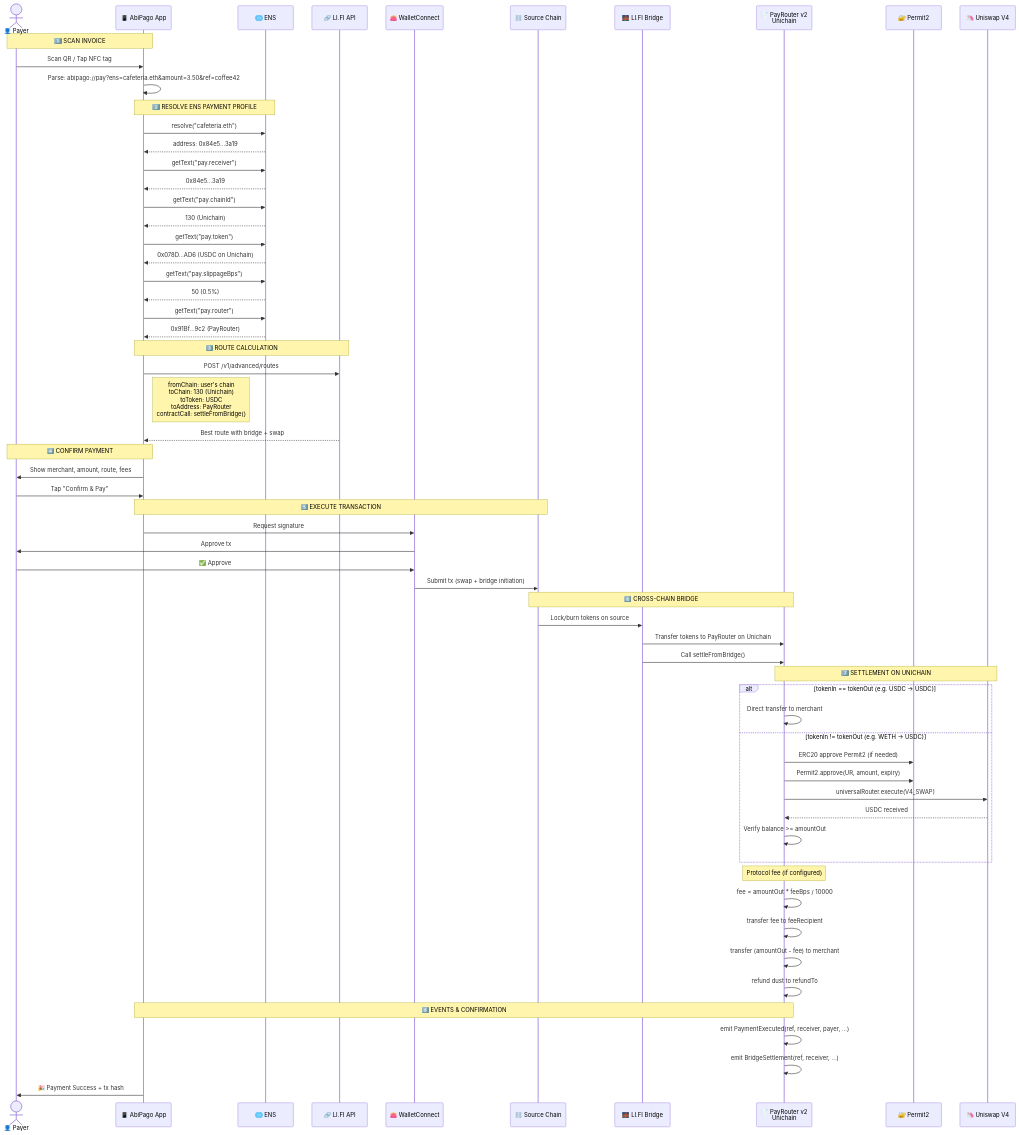
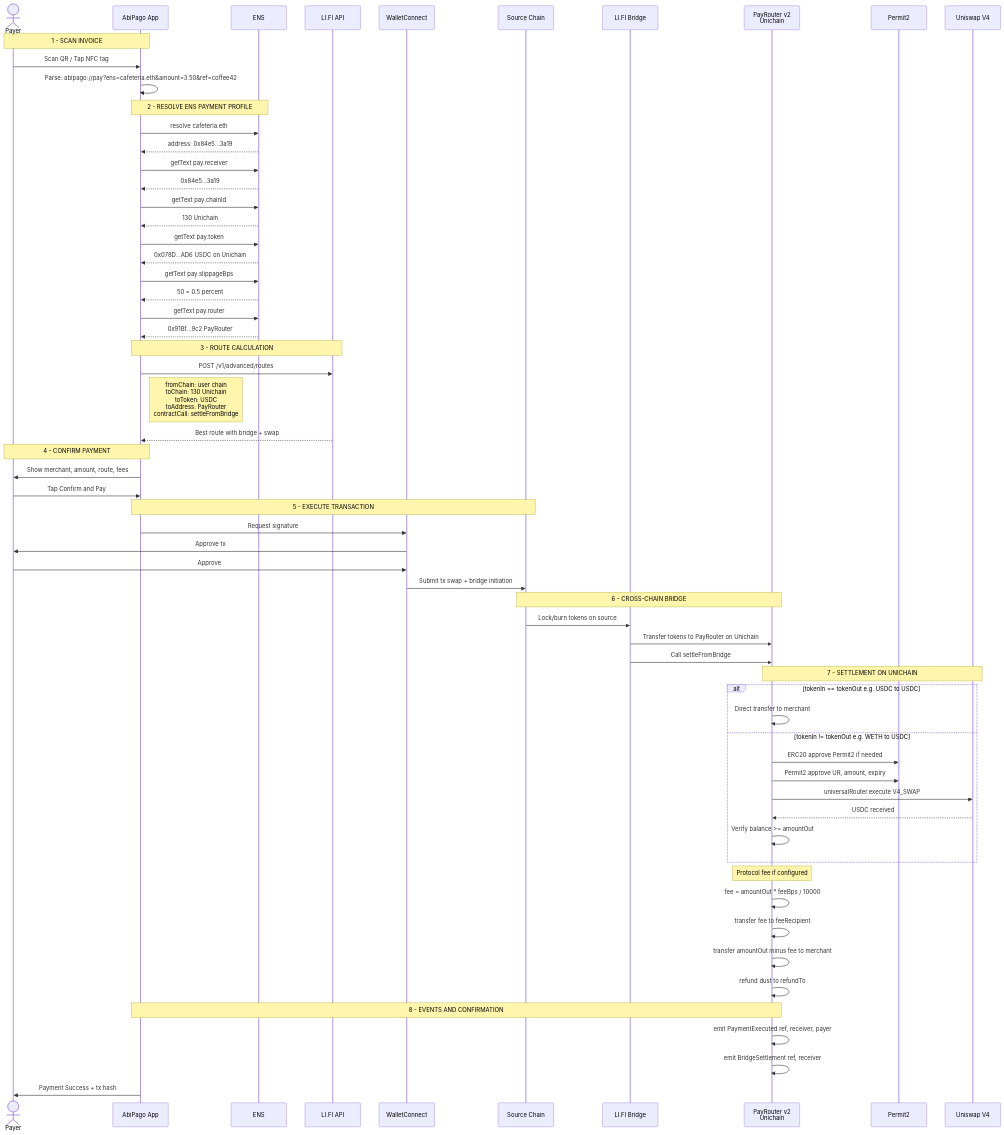
The second of 11 diagrams in docs/architecture.md (danelerr/htm-abipago), drawn with Mermaid before and after one commit. The commit also changed other lines of this file, not shown here.

Commit message:
updsare diagram

````diff
--- a/docs/architecture.md
+++ b/docs/architecture.md
@@ -64,74 +64,74 @@
 ```mermaid
 sequenceDiagram
-    actor Payer as 👤 Payer
-    participant App as 📱 AbiPago App
-    participant ENS as 🌐 ENS
-    participant LIFI as 🔗 LI.FI API
-    participant Wallet as 👛 WalletConnect
-    participant SrcChain as ⛓️ Source Chain
-    participant Bridge as 🌉 LI.FI Bridge
-    participant Router as 📄 PayRouter v2<br/>Unichain
-    participant P2 as 🔐 Permit2
-    participant Uni as 🦄 Uniswap V4
+    actor Payer as Payer
+    participant App as AbiPago App
+    participant ENS as ENS
+    participant LIFI as LI.FI API
+    participant Wallet as WalletConnect
+    participant SrcChain as Source Chain
+    participant Bridge as LI.FI Bridge
+    participant Router as PayRouter v2<br/>Unichain
+    participant P2 as Permit2
+    participant Uni as Uniswap V4
 
-    Note over Payer, App: 1️⃣ SCAN INVOICE
+    Note over Payer, App: 1 - SCAN INVOICE
     Payer->>App: Scan QR / Tap NFC tag
     App->>App: Parse: abipago://pay?ens=cafeteria.eth&amount=3.50&ref=coffee42
 
-    Note over App, ENS: 2️⃣ RESOLVE ENS PAYMENT PROFILE
-    App->>ENS: resolve("cafeteria.eth")
-    ENS-->>App: address: 0x84e5…3a19
-    App->>ENS: getText("pay.receiver")
-    ENS-->>App: 0x84e5…3a19
-    App->>ENS: getText("pay.chainId")
-    ENS-->>App: 130 (Unichain)
-    App->>ENS: getText("pay.token")
-    ENS-->>App: 0x078D…AD6 (USDC on Unichain)
-    App->>ENS: getText("pay.slippageBps")
-    ENS-->>App: 50 (0.5%)
-    App->>ENS: getText("pay.router")
-    ENS-->>App: 0x91Bf…9c2 (PayRouter)
+    Note over App, ENS: 2 - RESOLVE ENS PAYMENT PROFILE
+    App->>ENS: resolve cafeteria.eth
+    ENS-->>App: address: 0x84e5...3a19
+    App->>ENS: getText pay.receiver
+    ENS-->>App: 0x84e5...3a19
+    App->>ENS: getText pay.chainId
+    ENS-->>App: 130 Unichain
+    App->>ENS: getText pay.token
+    ENS-->>App: 0x078D...AD6 USDC on Unichain
+    App->>ENS: getText pay.slippageBps
+    ENS-->>App: 50 = 0.5 percent
+    App->>ENS: getText pay.router
+    ENS-->>App: 0x91Bf...9c2 PayRouter
 
-    Note over App, LIFI: 3️⃣ ROUTE CALCULATION
+    Note over App, LIFI: 3 - ROUTE CALCULATION
     App->>LIFI: POST /v1/advanced/routes
-    Note right of App: fromChain: user's chain<br/>toChain: 130 (Unichain)<br/>toToken: USDC<br/>toAddress: PayRouter<br/>contractCall: settleFromBridge()
+    Note right of App: fromChain: user chain<br/>toChain: 130 Unichain<br/>toToken: USDC<br/>toAddress: PayRouter<br/>contractCall: settleFromBridge
     LIFI-->>App: Best route with bridge + swap
 
-    Note over App, Payer: 4️⃣ CONFIRM PAYMENT
+    Note over App, Payer: 4 - CONFIRM PAYMENT
     App->>Payer: Show merchant, amount, route, fees
-    Payer->>App: Tap "Confirm & Pay"
+    Payer->>App: Tap Confirm and Pay
 
-    Note over App, SrcChain: 5️⃣ EXECUTE TRANSACTION
+    Note over App, SrcChain: 5 - EXECUTE TRANSACTION
     App->>Wallet: Request signature
     Wallet->>Payer: Approve tx
-    Payer->>Wallet: ✅ Approve
-    Wallet->>SrcChain: Submit tx (swap + bridge initiation)
+    Payer->>Wallet: Approve
+    Wallet->>SrcChain: Submit tx swap + bridge initiation
 
-    Note over SrcChain, Router: 6️⃣ CROSS-CHAIN BRIDGE
+    Note over SrcChain, Router: 6 - CROSS-CHAIN BRIDGE
     SrcChain->>Bridge: Lock/burn tokens on source
     Bridge->>Router: Transfer tokens to PayRouter on Unichain
-    Bridge->>Router: Call settleFromBridge()
+    Bridge->>Router: Call settleFromBridge
 
-    Note over Router, Uni: 7️⃣ SETTLEMENT ON UNICHAIN
-    alt tokenIn == tokenOut (e.g. USDC → USDC)
+    Note over Router, Uni: 7 - SETTLEMENT ON UNICHAIN
+    alt tokenIn == tokenOut e.g. USDC to USDC
         Router->>Router: Direct transfer to merchant
-    else tokenIn != tokenOut (e.g. WETH → USDC)
-        Router->>P2: ERC20 approve Permit2 (if needed)
-        Router->>P2: Permit2.approve(UR, amount, expiry)
-        Router->>Uni: universalRouter.execute(V4_SWAP)
+    else tokenIn != tokenOut e.g. WETH to USDC
+        Router->>P2: ERC20 approve Permit2 if needed
+        Router->>P2: Permit2.approve UR, amount, expiry
+        Router->>Uni: universalRouter.execute V4_SWAP
         Uni-->>Router: USDC received
         Router->>Router: Verify balance >= amountOut
     end
 
-    Note over Router: Protocol fee (if configured)
+    Note over Router: Protocol fee if configured
     Router->>Router: fee = amountOut * feeBps / 10000
     Router->>Router: transfer fee to feeRecipient
 
-    Router->>Router: transfer (amountOut - fee) to merchant
+    Router->>Router: transfer amountOut minus fee to merchant
     Router->>Router: refund dust to refundTo
 
-    Note over Router, App: 8️⃣ EVENTS & CONFIRMATION
-    Router->>Router: emit PaymentExecuted(ref, receiver, payer, ...)
-    Router->>Router: emit BridgeSettlement(ref, receiver, ...)
-    App->>Payer: 🎉 Payment Success + tx hash
+    Note over Router, App: 8 - EVENTS AND CONFIRMATION
+    Router->>Router: emit PaymentExecuted ref, receiver, payer
+    Router->>Router: emit BridgeSettlement ref, receiver
+    App->>Payer: Payment Success + tx hash
 ```
````
